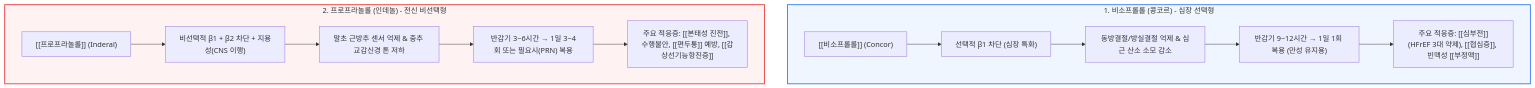
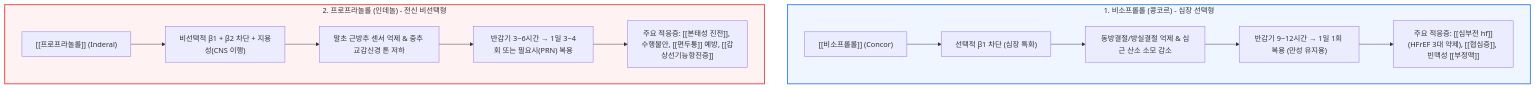
Before and after one commit to simbio11/simbio-digital-garden2: the diagram in content/강의록/양방 약물 및 임상약리/콩코르와 인데놀 비교.md, drawn with Mermaid. The commit also changed other lines of this file and 442 other files, not shown here.

````diff
--- a/content/강의록/양방 약물 및 임상약리/콩코르와 인데놀 비교.md
+++ b/content/강의록/양방 약물 및 임상약리/콩코르와 인데놀 비교.md
@@ -17,31 +17,31 @@
 ```mermaid
 flowchart TD
 
     subgraph Bisoprolol["1. 비소프롤롤 (콩코르) - 심장 선택형"]
 
         B_Drug["[[비소프롤롤]] (Concor)"] --> B_Select["선택적 β1 차단 (심장 특화)"]
 
         B_Select --> B_Action["동방결절/방실결절 억제 & 심근 산소 소모 감소"]
 
         B_Action --> B_PK["반감기 9~12시간 → 1일 1회 복용 (만성 유지용)"]
 
-        B_PK --> B_Ind["주요 적응증: [[심부전]](HFrEF 3대 약제), [[협심증]], 빈맥성 [[부정맥]]"]
+        B_PK --> B_Ind["주요 적응증: [[심부전 hf]](HFrEF 3대 약제), [[협심증]], 빈맥성 [[부정맥]]"]
 
     end
 
     subgraph Propranolol["2. 프로프라놀롤 (인데놀) - 전신 비선택형"]
 
         P_Drug["[[프로프라놀롤]] (Inderal)"] --> P_Select["비선택적 β1 + β2 차단 + 지용성(CNS 이행)"]
 
         P_Select --> P_Action["말초 근방추 센서 억제 & 중추 교감신경 톤 저하"]
 
         P_Action --> P_PK["반감기 3~6시간 → 1일 3~4회 또는 필요시(PRN) 복용"]
 
         P_PK --> P_Ind["주요 적응증: [[본태성 진전]], 수행불안, [[편두통]] 예방, [[갑상선기능항진증]]"]
 
     end
 
     style Bisoprolol fill:#eff6ff,stroke:#3b82f6,stroke-width:2px
 
     style Propranolol fill:#fef2f2,stroke:#ef4444,stroke-width:2px
 ```
````
